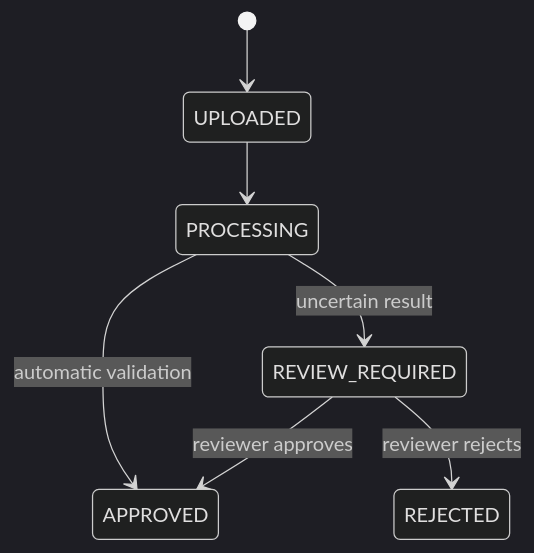
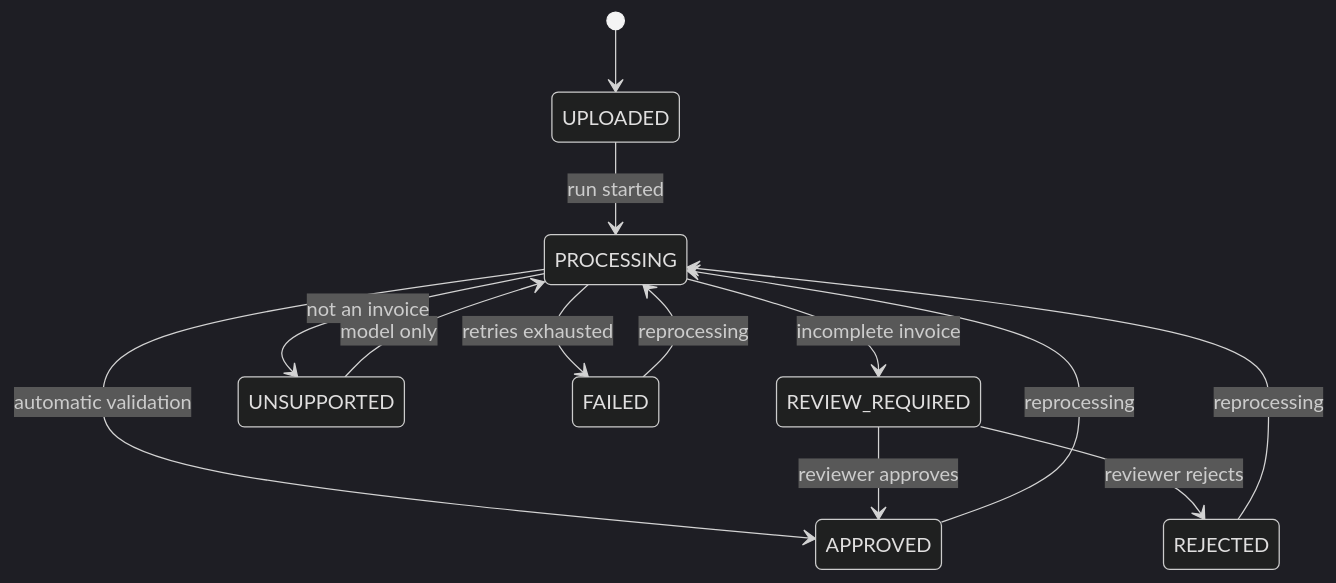
The tenth of 16 diagrams in docs/architecture.md (PietroRussoD/ai-document-processing-platform), drawn with Mermaid (dark theme) before and after one commit. The commit also changed other lines of this file and 4 other files, not shown here.

````diff
--- a/docs/architecture.md
+++ b/docs/architecture.md
@@ -483,9 +483,15 @@
 ```mermaid
 stateDiagram-v2
     [*] --> UPLOADED
-    UPLOADED --> PROCESSING
+    UPLOADED --> PROCESSING: run started
     PROCESSING --> APPROVED: automatic validation
-    PROCESSING --> REVIEW_REQUIRED: uncertain result
+    PROCESSING --> REVIEW_REQUIRED: incomplete invoice
+    PROCESSING --> UNSUPPORTED: not an invoice
+    PROCESSING --> FAILED: retries exhausted
     REVIEW_REQUIRED --> APPROVED: reviewer approves
     REVIEW_REQUIRED --> REJECTED: reviewer rejects
+    APPROVED --> PROCESSING: reprocessing
+    REJECTED --> PROCESSING: reprocessing
+    FAILED --> PROCESSING: reprocessing
+    UNSUPPORTED --> PROCESSING: model only
 ```
````
